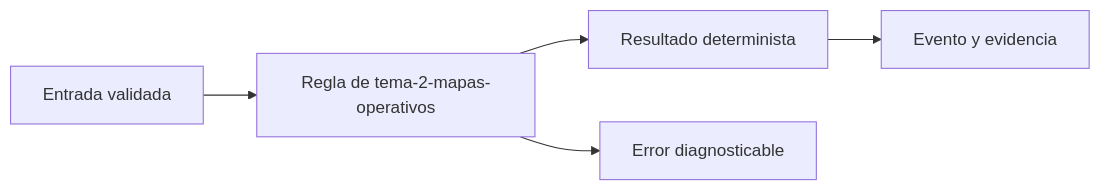
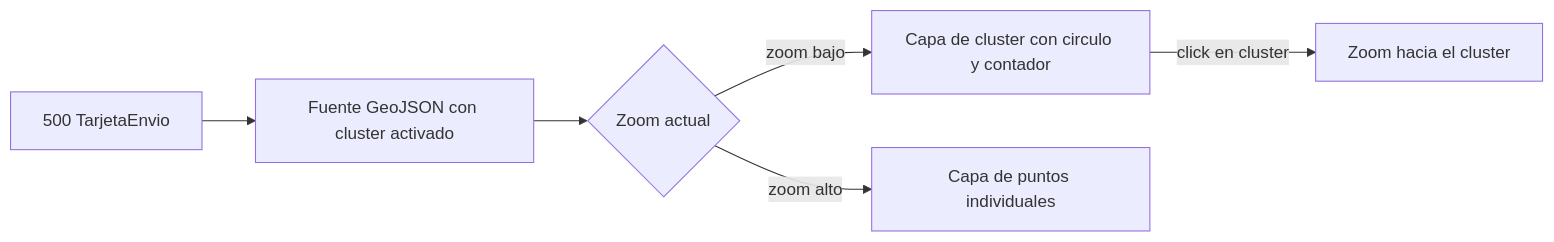
The fourth of 6 diagrams in web/public/content/rutaflow/modulo-3.md (NICORUIZ93/Academia_Floci), drawn with Mermaid before and after one commit. The commit also changed other lines of this file and 56 other files, not shown here.

````diff
--- a/web/public/content/rutaflow/modulo-3.md
+++ b/web/public/content/rutaflow/modulo-3.md
@@ -133,7 +185,8 @@
 ```mermaid
 flowchart LR
-  A[Entrada validada] --> B[Regla de tema-2-mapas-operativos]
-  B --> C[Resultado determinista]
-  C --> D[Evento y evidencia]
-  B --> E[Error diagnosticable]
+  A[500 TarjetaEnvio] --> B[Fuente GeoJSON con cluster activado]
+  B --> C{Zoom actual}
+  C -->|zoom bajo| D[Capa de cluster con circulo y contador]
+  C -->|zoom alto| E[Capa de puntos individuales]
+  D -->|click en cluster| F[Zoom hacia el cluster]
 ```
````
